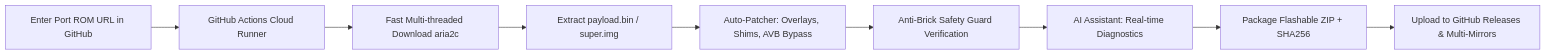
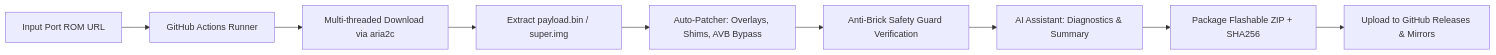
One commit to frnAlt/Xiaomi_blossom_stuff changed the diagram in README.md. Above: the diagram before and after it, drawn with Mermaid. The commit also changed other lines of this file, not shown here.

````diff
--- a/README.md
+++ b/README.md
@@ -48,11 +44,11 @@
 ```mermaid
 graph LR
- A[Enter Port ROM URL in GitHub] --> B[GitHub Actions Cloud Runner]
- B --> C[Fast Multi-threaded Download aria2c]
- C --> D[Extract payload.bin / super.img]
- D --> E[Auto-Patcher: Overlays, Shims, AVB Bypass]
- E --> F[Anti-Brick Safety Guard Verification]
- F --> G[AI Assistant: Real-time Diagnostics]
- G --> H[Package Flashable ZIP + SHA256]
- H --> I[Upload to GitHub Releases & Multi-Mirrors]
+    A[Input Port ROM URL] --> B[GitHub Actions Runner]
+    B --> C[Multi-threaded Download via aria2c]
+    C --> D[Extract payload.bin / super.img]
+    D --> E[Auto-Patcher: Overlays, Shims, AVB Bypass]
+    E --> F[Anti-Brick Safety Guard Verification]
+    F --> G[AI Assistant: Diagnostics & Summary]
+    G --> H[Package Flashable ZIP + SHA256]
+    H --> I[Upload to GitHub Releases & Mirrors]
 ```
````
